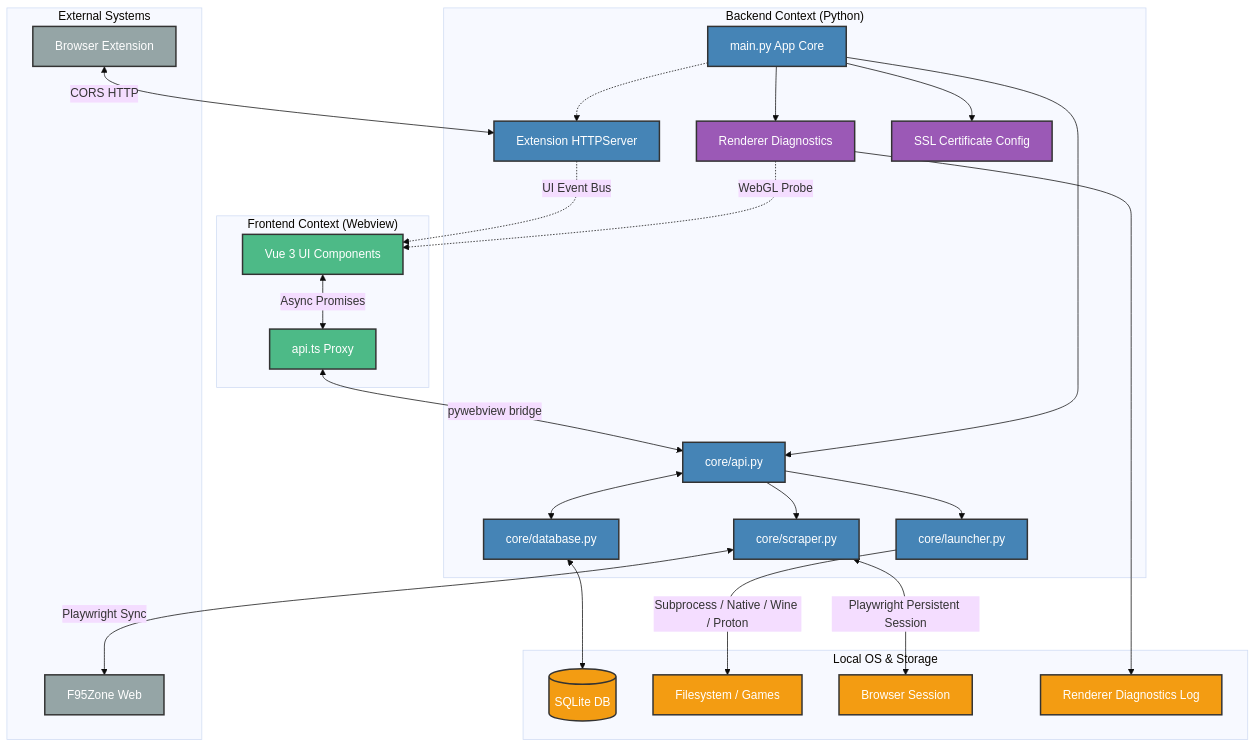
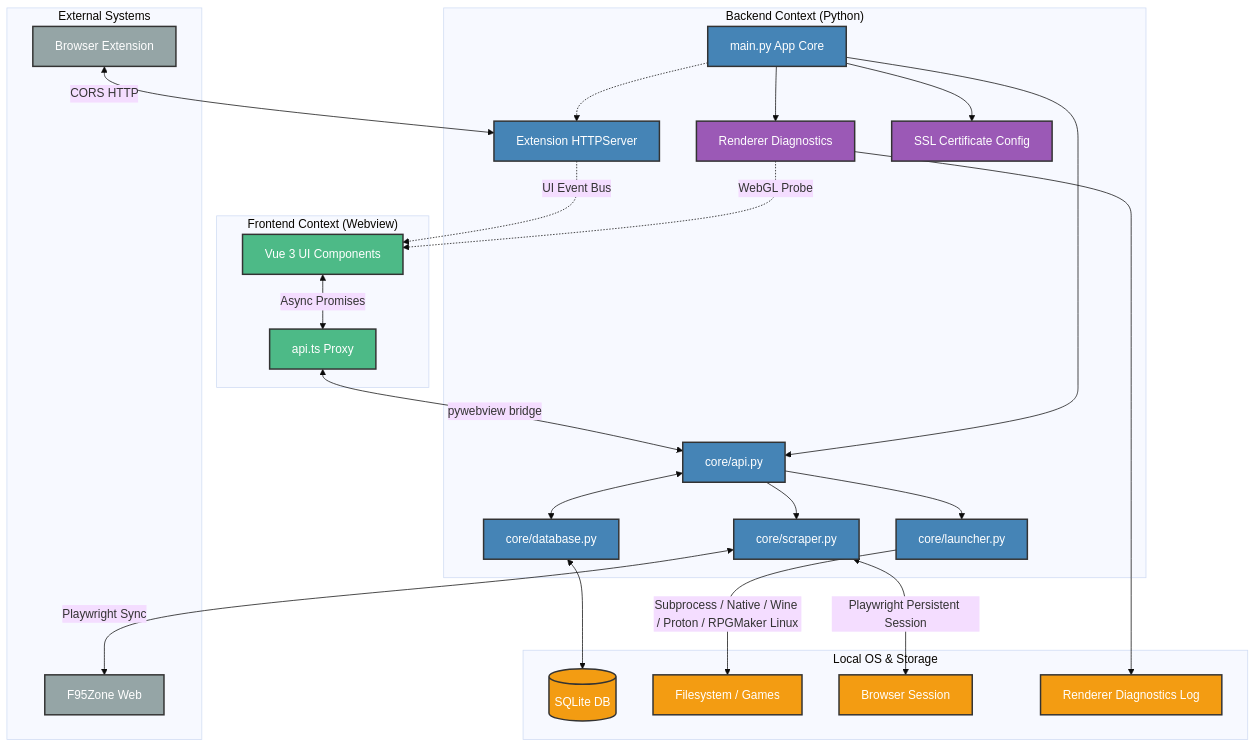
One commit to kirin-3/wLib changed the diagram in docs/architecture.md. Above: the diagram before and after it, drawn with Mermaid (base theme). The commit also changed 15 other files, not shown here.

First line of the commit message:
feat: add RPGMaker Linux runner launch mode

````diff
--- a/docs/architecture.md
+++ b/docs/architecture.md
@@ -7,61 +7,61 @@
 ```mermaid
 flowchart TD
     %% Define Styles
     classDef frontend fill:#4dba87,stroke:#333,stroke-width:2px,color:#fff;
     classDef backend fill:#4584b6,stroke:#333,stroke-width:2px,color:#fff;
     classDef storage fill:#f39c12,stroke:#333,stroke-width:2px,color:#fff;
     classDef external fill:#95a5a6,stroke:#333,stroke-width:2px,color:#fff;
     classDef diagnostics fill:#9b59b6,stroke:#333,stroke-width:2px,color:#fff;
 
     %% Components
     subgraph "Frontend Context (Webview)"
         UI[Vue 3 UI Components]:::frontend
         API_TS[api.ts Proxy]:::frontend
     end
 
     subgraph "Backend Context (Python)"
         MAIN[main.py App Core]:::backend
         API_PY[core/api.py]:::backend
         DB[core/database.py]:::backend
         SCRAPER[core/scraper.py]:::backend
         LAUNCHER[core/launcher.py]:::backend
         EXT_SERVER[Extension HTTPServer]:::backend
         RENDERER[Renderer Diagnostics]:::diagnostics
         SSL[SSL Certificate Config]:::diagnostics
     end
 
     subgraph "Local OS & Storage"
         SQLITE[(SQLite DB)]:::storage
         FS[Filesystem / Games]:::storage
         BROWSER_SESSION[Browser Session]:::storage
         DIAG_LOG[Renderer Diagnostics Log]:::storage
     end
 
     subgraph "External Systems"
         F95[F95Zone Web]:::external
         EXT[Browser Extension]:::external
     end
 
     %% Flow
     UI <-->|Async Promises| API_TS
     API_TS <-->|pywebview bridge| API_PY
     
     API_PY <--> DB
     API_PY --> SCRAPER
     API_PY --> LAUNCHER
     MAIN --> API_PY
     MAIN -.-> EXT_SERVER
     MAIN --> RENDERER
     MAIN --> SSL
 
     DB <--> SQLITE
     SCRAPER <-->|Playwright Persistent Session| BROWSER_SESSION
     SCRAPER <-->|Playwright Sync| F95
-    LAUNCHER -->|Subprocess / Native / Wine / Proton| FS
+    LAUNCHER -->|Subprocess / Native / Wine / Proton / RPGMaker Linux| FS
     
     EXT <-->|CORS HTTP| EXT_SERVER
     EXT_SERVER -.->|UI Event Bus| UI
     
     RENDERER --> DIAG_LOG
     RENDERER -.->|WebGL Probe| UI
 ```
````
